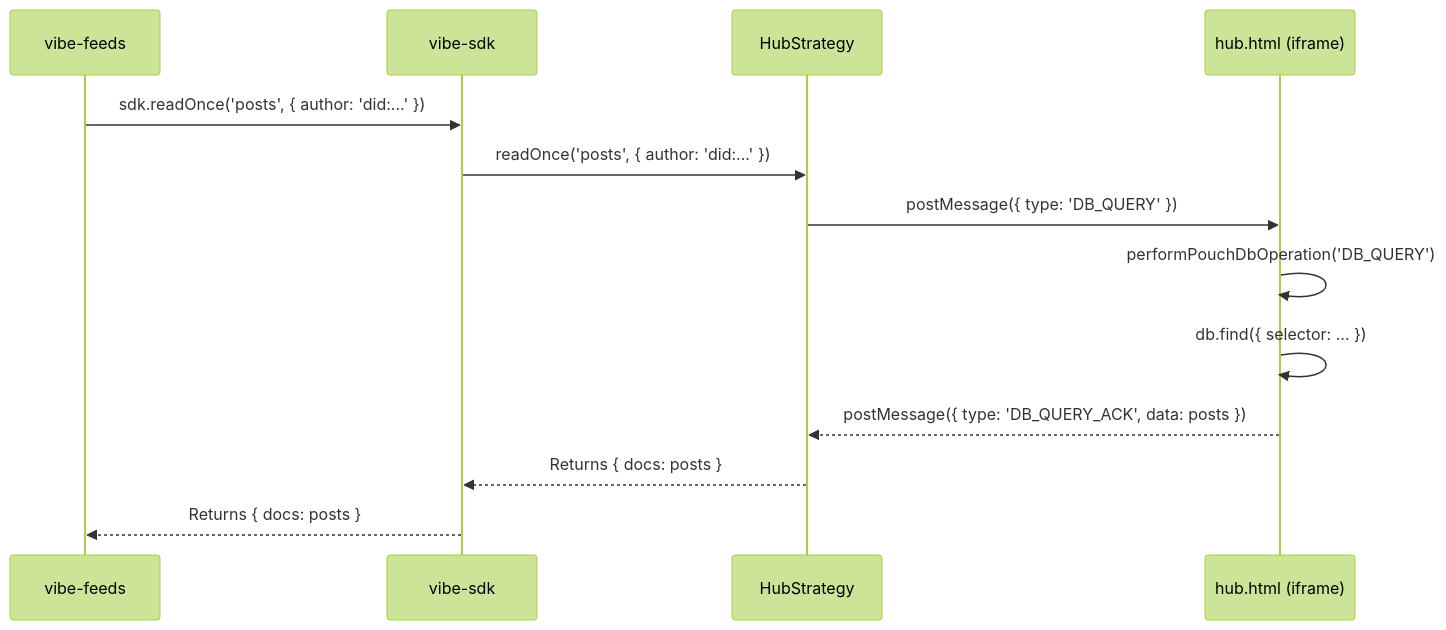
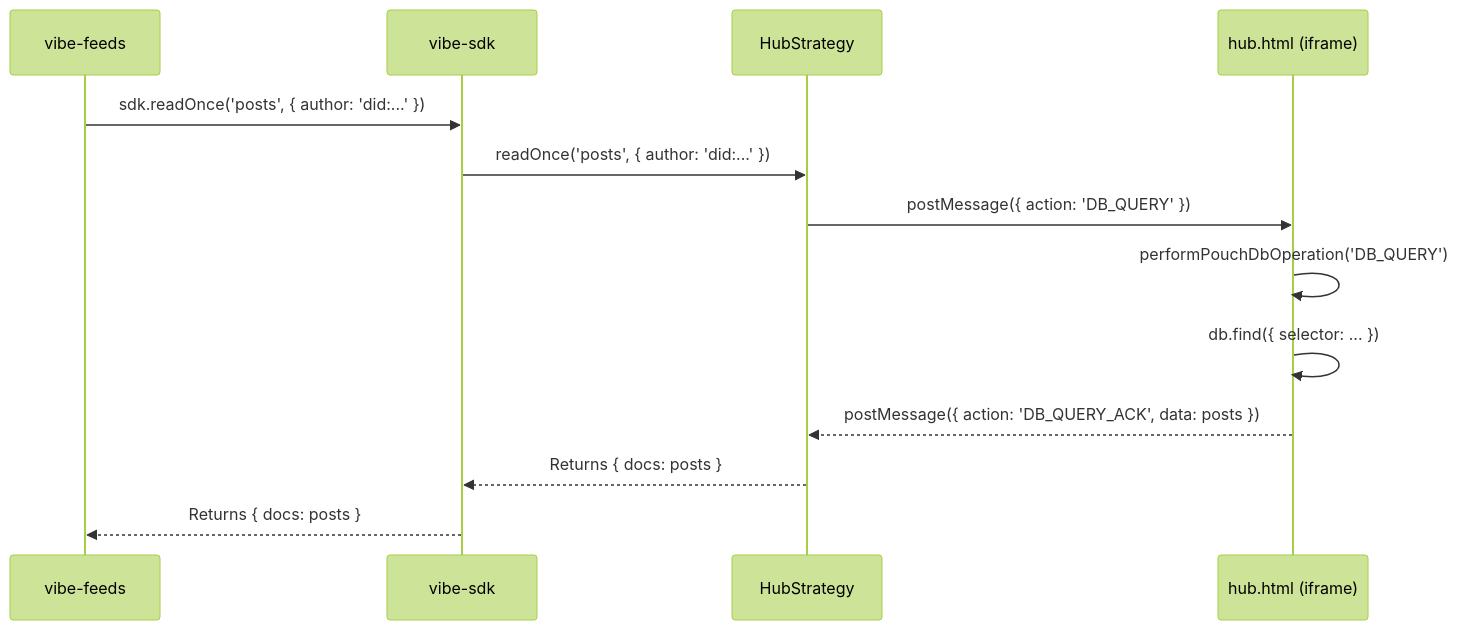
The third of 5 diagrams in docs/HubDataFlow.md (Social-Systems-Lab/vibe), drawn with Mermaid (forest theme) before and after one commit. The commit also changed other lines of this file and 15 other files, not shown here.

````diff
--- a/docs/HubDataFlow.md
+++ b/docs/HubDataFlow.md
@@ -103,16 +103,16 @@
 ```mermaid
 sequenceDiagram
     participant App as vibe-feeds
     participant SDK as vibe-sdk
     participant HubStrategy
     participant Hub as hub.html (iframe)
 
     App->>SDK: sdk.readOnce('posts', { author: 'did:...' })
     SDK->>HubStrategy: readOnce('posts', { author: 'did:...' })
-    HubStrategy->>Hub: postMessage({ type: 'DB_QUERY' })
+    HubStrategy->>Hub: postMessage({ action: 'DB_QUERY' })
     Hub->>Hub: performPouchDbOperation('DB_QUERY')
     Hub->>Hub: db.find({ selector: ... })
-    Hub-->>HubStrategy: postMessage({ type: 'DB_QUERY_ACK', data: posts })
+    Hub-->>HubStrategy: postMessage({ action: 'DB_QUERY_ACK', data: posts })
     HubStrategy-->>SDK: Returns { docs: posts }
     SDK-->>App: Returns { docs: posts }
 ```
````
